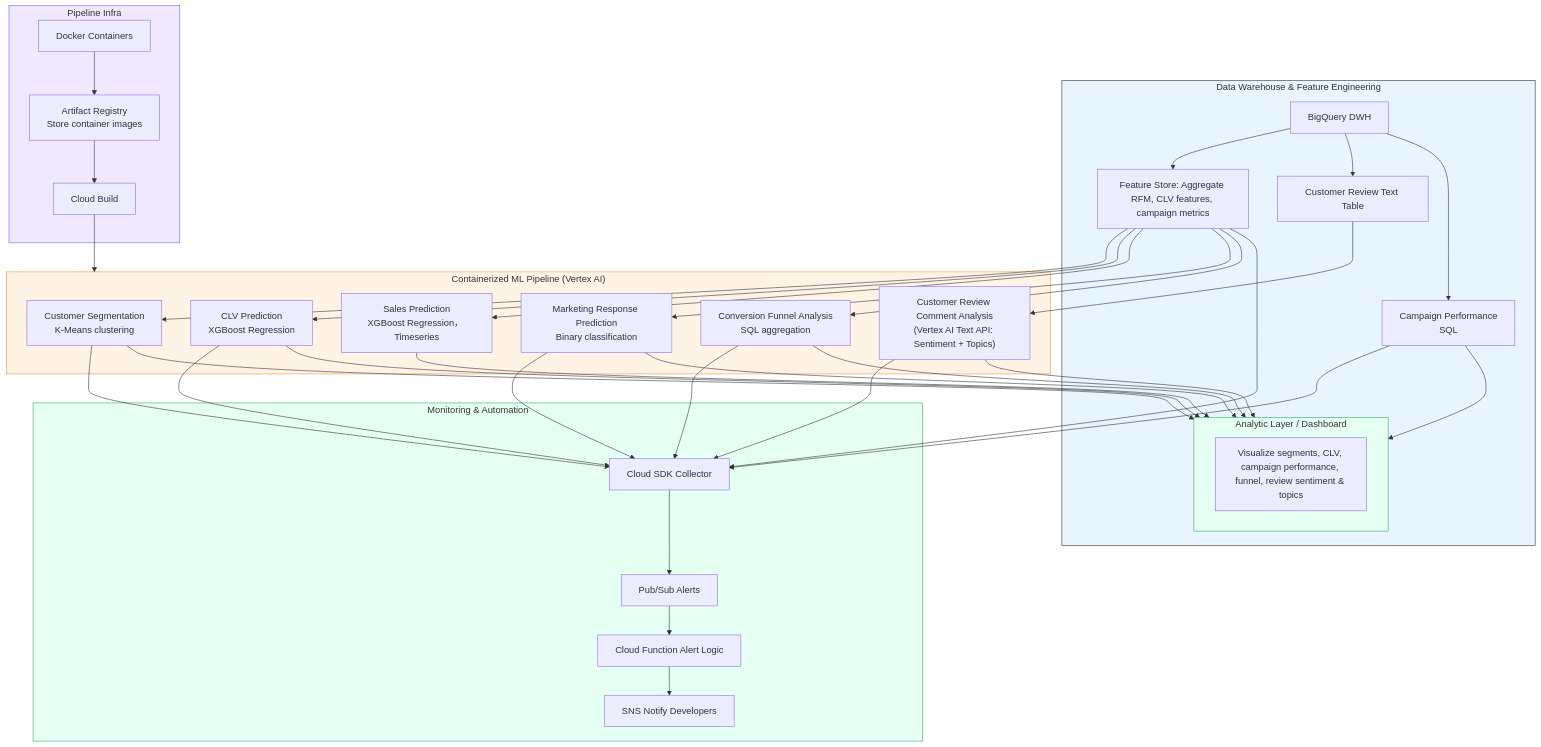
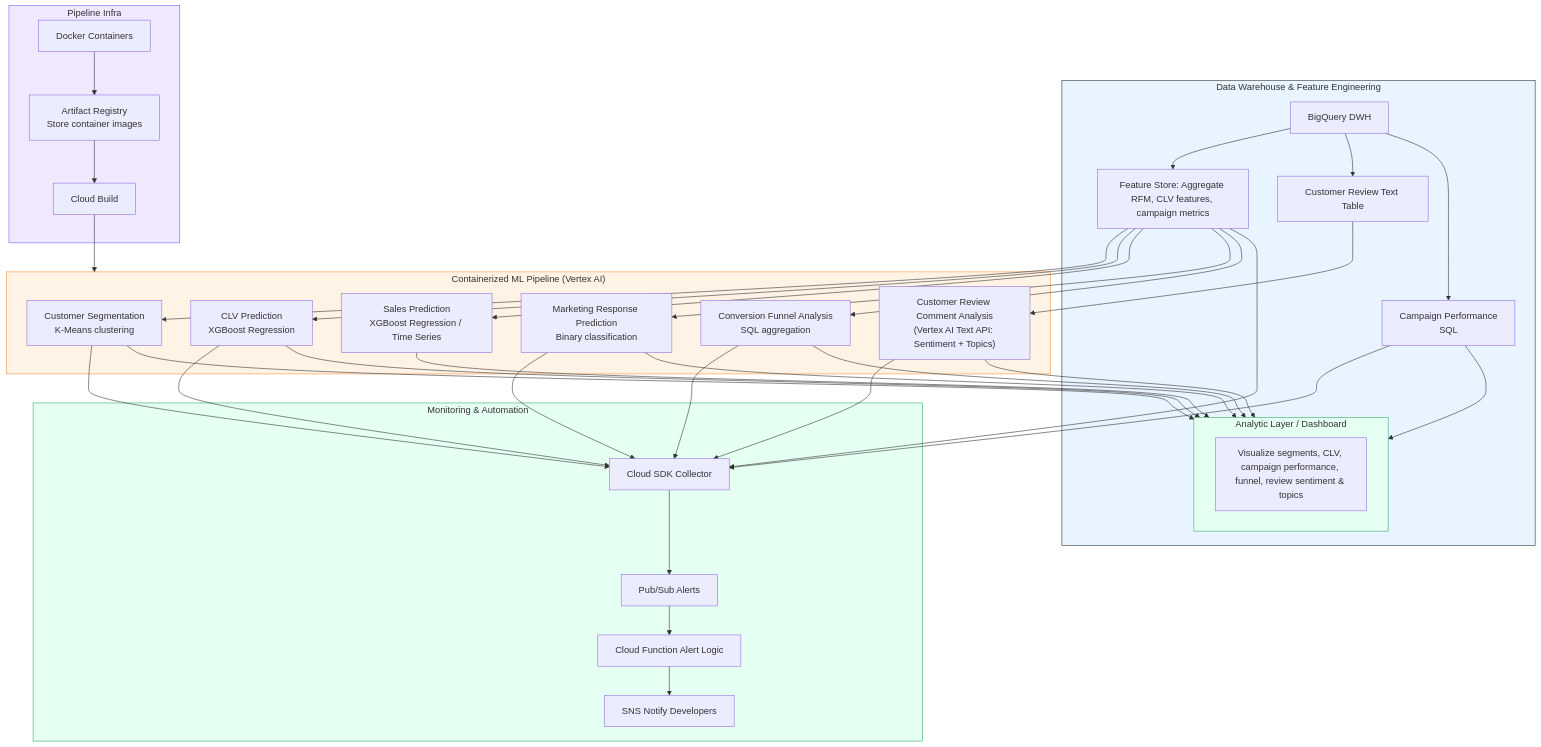
One commit to yuanwuab-public/Analytic-Platform changed the first of 3 diagrams in README.md. Above: the diagram before and after it, drawn with Mermaid. The commit also changed other lines of this file and 2 other files, not shown here.

Commit message:
docs: add multilingual READMEs and English diagrams

```diff
--- a/README.md
+++ b/README.md
@@ -37,7 +42,7 @@
 
         CS["Customer Segmentation\nK-Means clustering"]
         CLV["CLV Prediction\nXGBoost Regression"]
-        SP["Sales Prediction\nXGBoost Regression， Timeseries"]
+        SP["Sales Prediction\nXGBoost Regression / Time Series"]
         MARKETING["Marketing Response Prediction\nBinary classification"]
         FUNNEL["Conversion Funnel Analysis\nSQL aggregation"]
 
@@ -73,7 +78,7 @@
         CI_CD["Cloud Build"]
     end
 
-    %% ==== MONITORING ==== 
+    %% ==== MONITORING ====
     subgraph MONITOR["Monitoring & Automation"]
         style MONITOR fill:#e6fff3,stroke:#33aa66,stroke-width:1px
         SDK["Cloud SDK Collector"]
```
